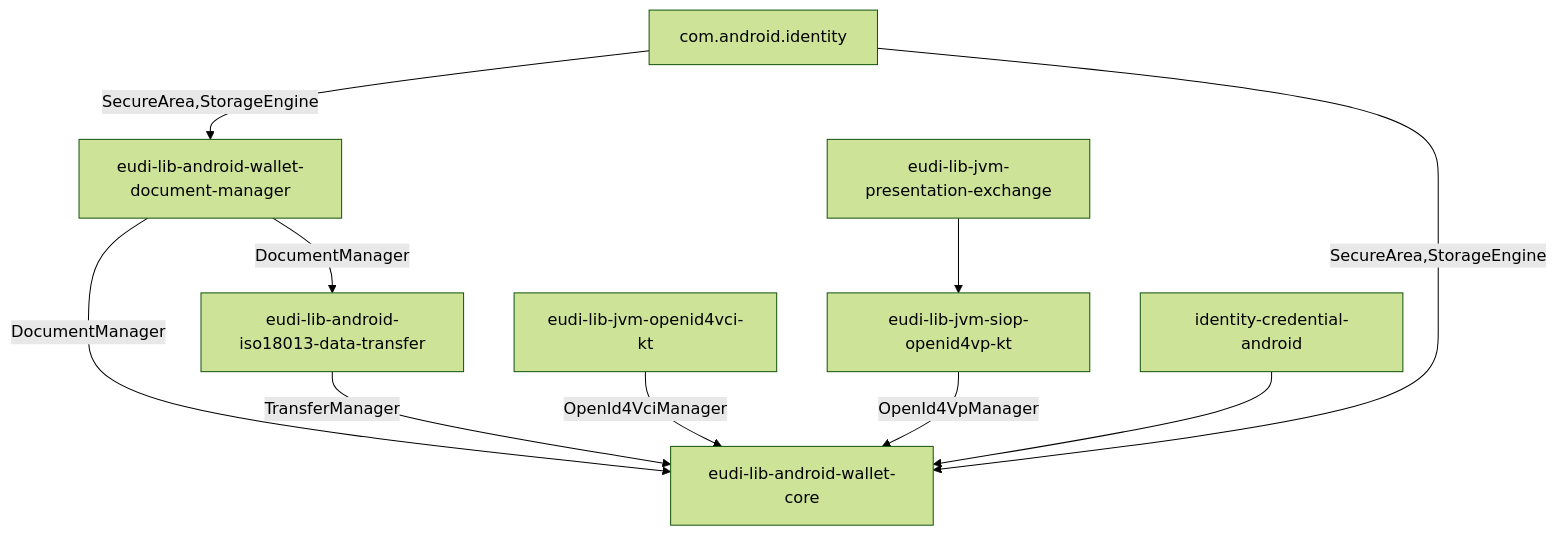
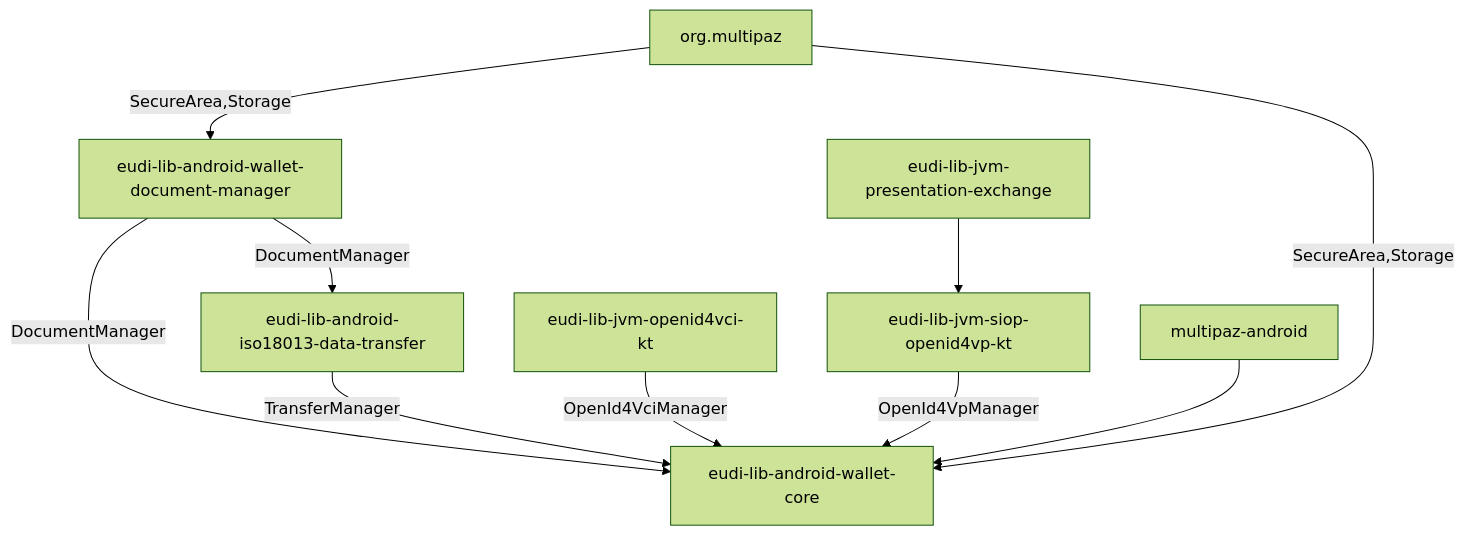
Before and after one commit to eu-digital-identity-wallet/eudi-lib-android-wallet-core: the diagram in README.md, drawn with Mermaid (forest theme). The commit also changed other lines of this file and 53 other files, not shown here.

````diff
--- a/README.md
+++ b/README.md
@@ -15,14 +15,14 @@
 ```mermaid
 graph TD
 ;
     A[eudi-lib-android-wallet-core]
     B[eudi-lib-android-wallet-document-manager] -->|DocumentManager| A
     C[eudi-lib-android-iso18013-data-transfer] -->|TransferManager| A
     D[eudi-lib-jvm-openid4vci-kt] -->|OpenId4VciManager| A
     E[eudi-lib-jvm-siop-openid4vp-kt] -->|OpenId4VpManager| A
-    F[com.android.identity] -->|SecureArea,StorageEngine| B
+    F[org.multipaz] -->|SecureArea,Storage| B
     H[eudi-lib-jvm-presentation-exchange] --> E
-    G[identity-credential-android] --> A
+    G[multipaz-android] --> A
     B -->|DocumentManager| C
-    F -->|SecureArea,StorageEngine| A
+    F -->|SecureArea,Storage| A
 ```
````
